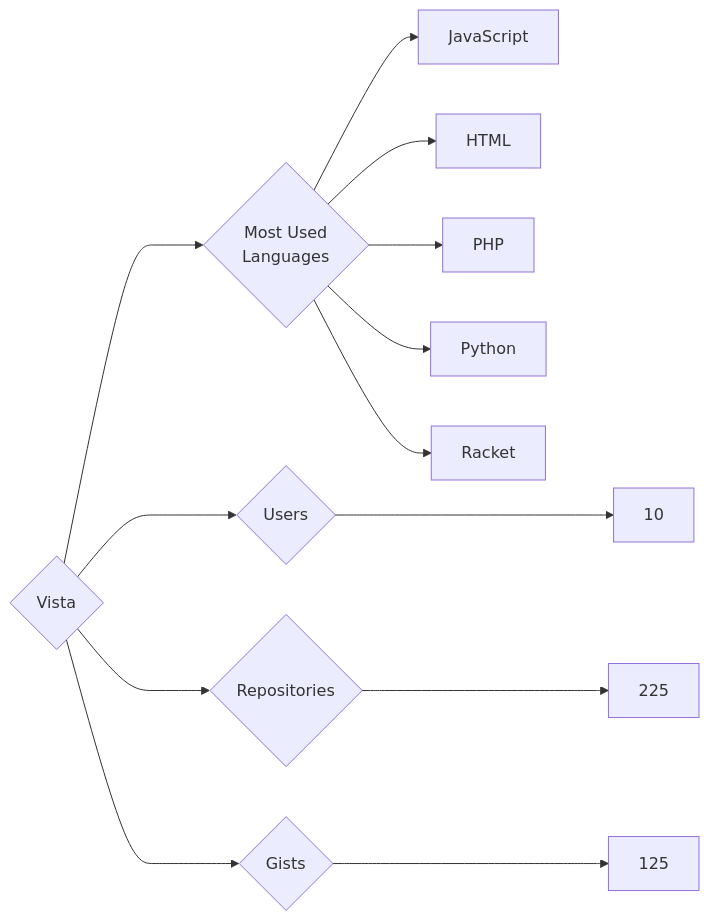
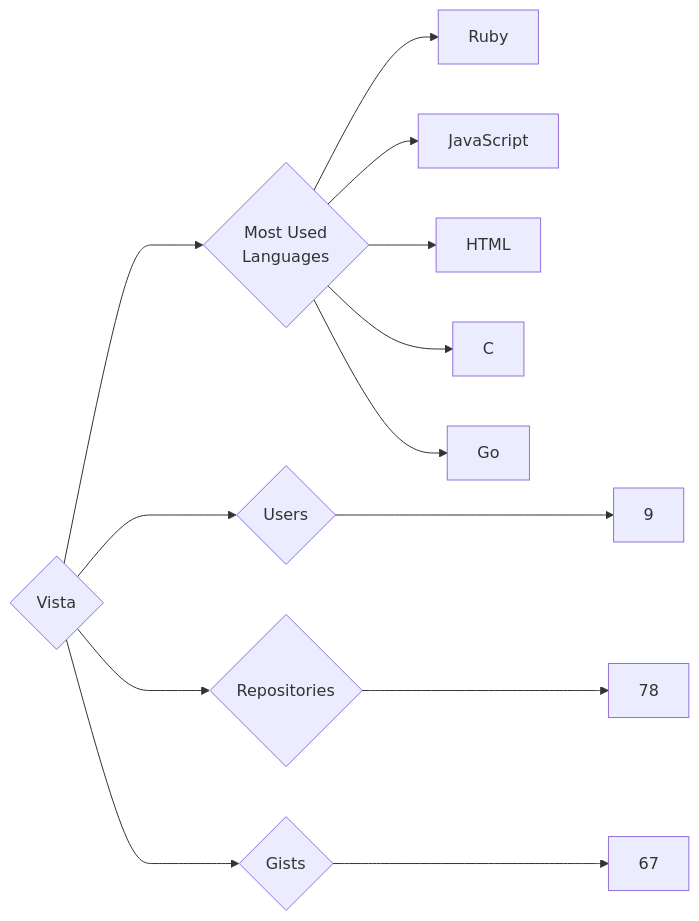
The diagram in targets/Vista/README.md (trickest/insiders), drawn with Mermaid before and after one commit. The commit also changed 912 other files, not shown here.

````diff
--- a/targets/Vista/README.md
+++ b/targets/Vista/README.md
@@ -3,13 +3,13 @@
 ```mermaid
 graph LR
 COMPANY_NAME{Vista}
-COMPANY_NAME ---> U{Users} ---> UN[10]
-COMPANY_NAME ---> R{Repositories} ---> RN[225]
-COMPANY_NAME ---> G{Gists} ---> GN[125]
+COMPANY_NAME ---> U{Users} ---> UN[9]
+COMPANY_NAME ---> R{Repositories} ---> RN[78]
+COMPANY_NAME ---> G{Gists} ---> GN[67]
 COMPANY_NAME ---> ML{Most Used<br>Languages}
+ML --> Ruby[Ruby]
 ML --> JavaScript[JavaScript]
 ML --> HTML[HTML]
-ML --> PHP[PHP]
-ML --> Python[Python]
-ML --> Racket[Racket]
+ML --> C[C]
+ML --> Go[Go]
 ```
````
